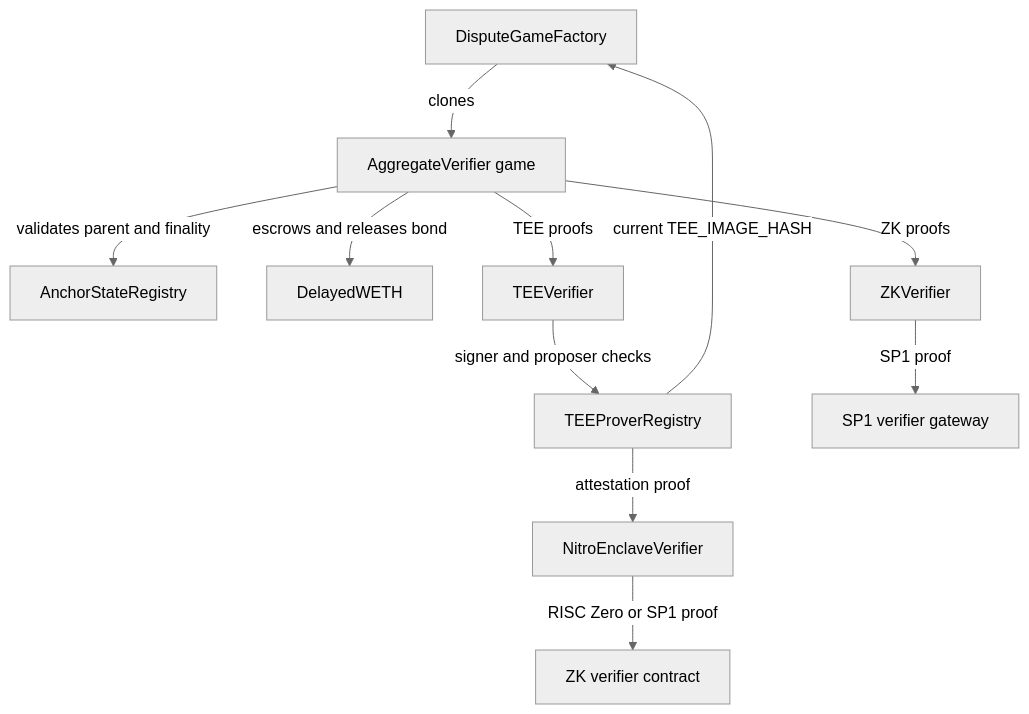
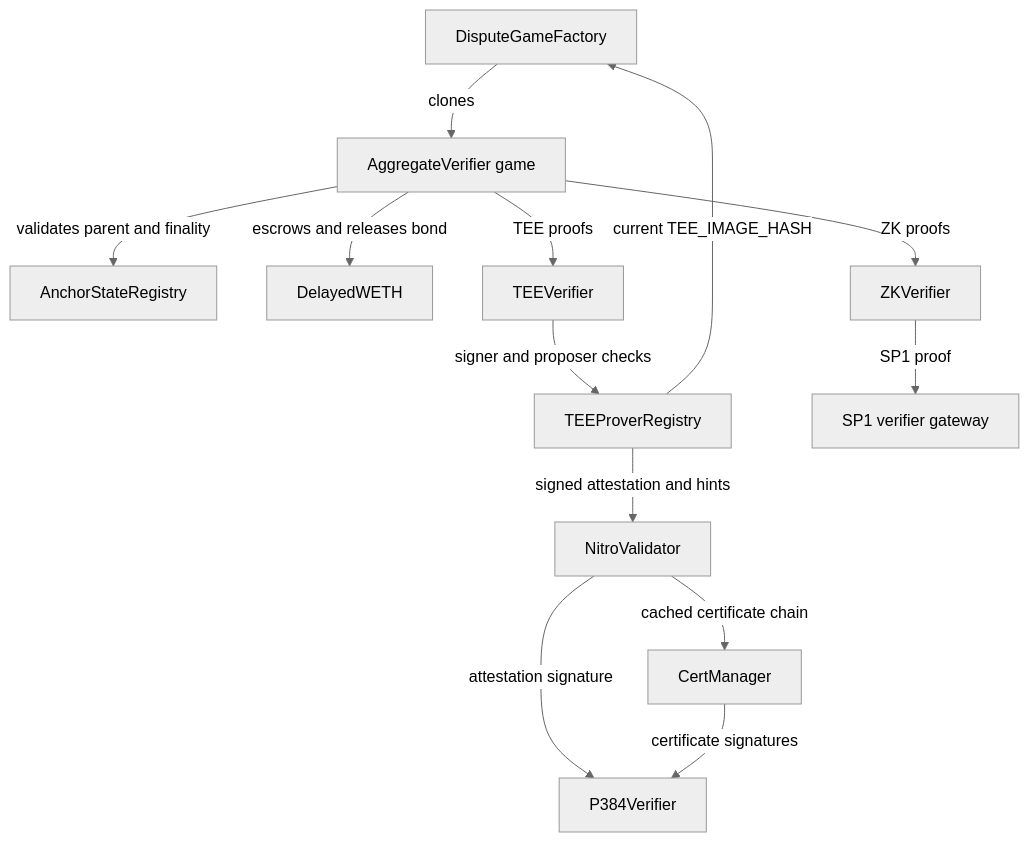
Before and after one commit to wbnns/basehub: the diagram in src/content/docs/specifications/contracts.mdx, drawn with Mermaid (neutral theme). The commit also changed other lines of this file and 17 other files, not shown here.

````diff
--- a/src/content/docs/specifications/contracts.mdx
+++ b/src/content/docs/specifications/contracts.mdx
@@ -25,13 +28,15 @@
 ```mermaid
 flowchart TB
     Factory[DisputeGameFactory] -->|clones| Game[AggregateVerifier game]
     Game -->|validates parent and finality| ASR[AnchorStateRegistry]
     Game -->|escrows and releases bond| WETH[DelayedWETH]
     Game -->|TEE proofs| TEEVerifier[TEEVerifier]
     Game -->|ZK proofs| ZKVerifier[ZKVerifier]
     TEEVerifier -->|signer and proposer checks| Registry[TEEProverRegistry]
-    Registry -->|attestation proof| Nitro[NitroEnclaveVerifier]
+    Registry -->|signed attestation and hints| Nitro[NitroValidator]
     Registry -->|current TEE_IMAGE_HASH| Factory
     ZKVerifier -->|SP1 proof| SP1[SP1 verifier gateway]
-    Nitro -->|RISC Zero or SP1 proof| Coprocessor[ZK verifier contract]
+    Nitro -->|cached certificate chain| Certs[CertManager]
+    Nitro -->|attestation signature| P384[P384Verifier]
+    Certs -->|certificate signatures| P384
 ```
````
